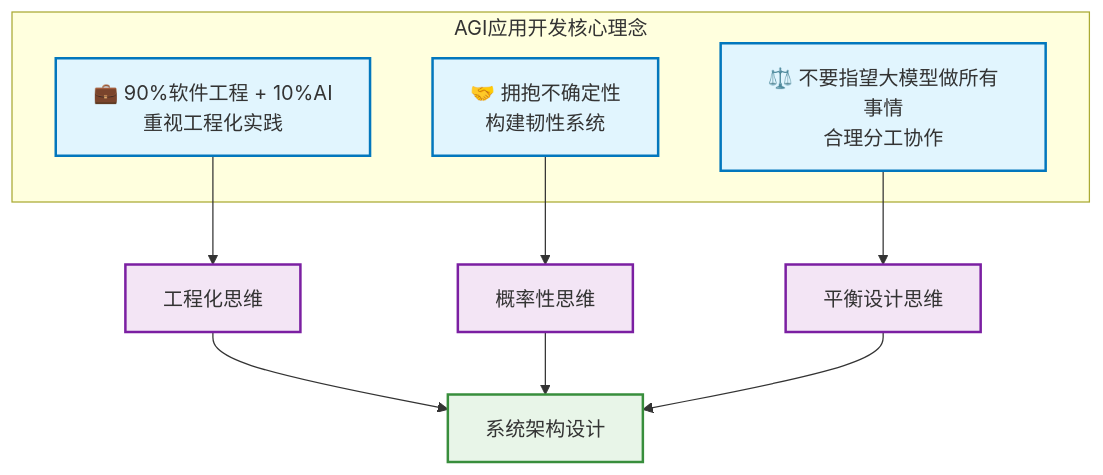
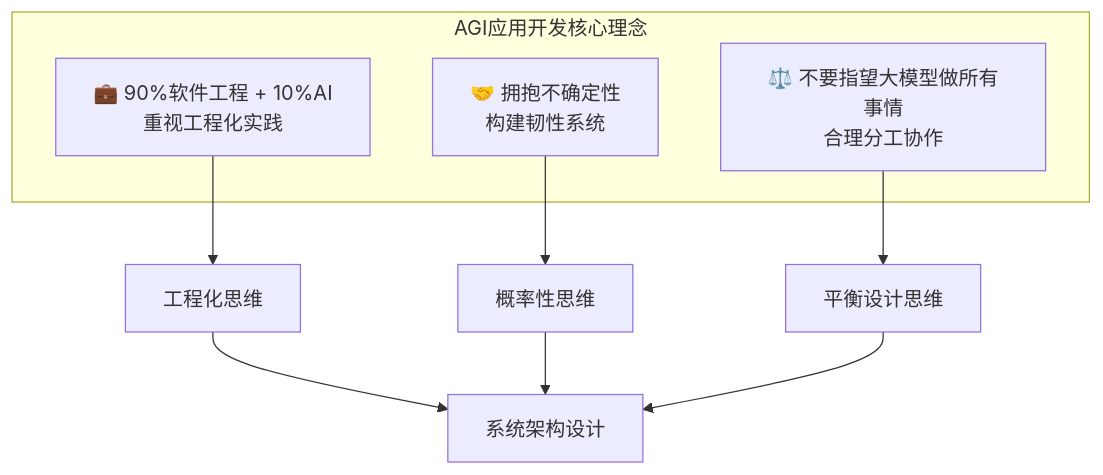
One commit to youyoude/agi-app-dev-guide-book changed the first of 6 diagrams in 第零部分_核心概念预览/0.3_核心开发理念.md. Above: the diagram before and after it, drawn with Mermaid. The commit also changed other lines of this file and 4 other files, not shown here.

````diff
--- a/第零部分_核心概念预览/0.3_核心开发理念.md
+++ b/第零部分_核心概念预览/0.3_核心开发理念.md
@@ -9,24 +9,17 @@
 ```mermaid
 graph TB
     subgraph "AGI应用开发核心理念"
         A["💼 90%软件工程 + 10%AI<br/>重视工程化实践"]
         B["🤝 拥抱不确定性<br/>构建韧性系统"]
         C["⚖️ 不要指望大模型做所有事情<br/>合理分工协作"]
     end
     
     A --> D[工程化思维]
     B --> E[概率性思维]
     C --> F[平衡设计思维]
     
     D --> G[系统架构设计]
     E --> G
     F --> G
     
-    classDef principle fill:#e1f5fe,stroke:#0277bd,stroke-width:2px
-    classDef thinking fill:#f3e5f5,stroke:#7b1fa2,stroke-width:2px
-    classDef result fill:#e8f5e8,stroke:#388e3c,stroke-width:2px
-    
-    class A,B,C principle
-    class D,E,F thinking
-    class G result
 ```
````
